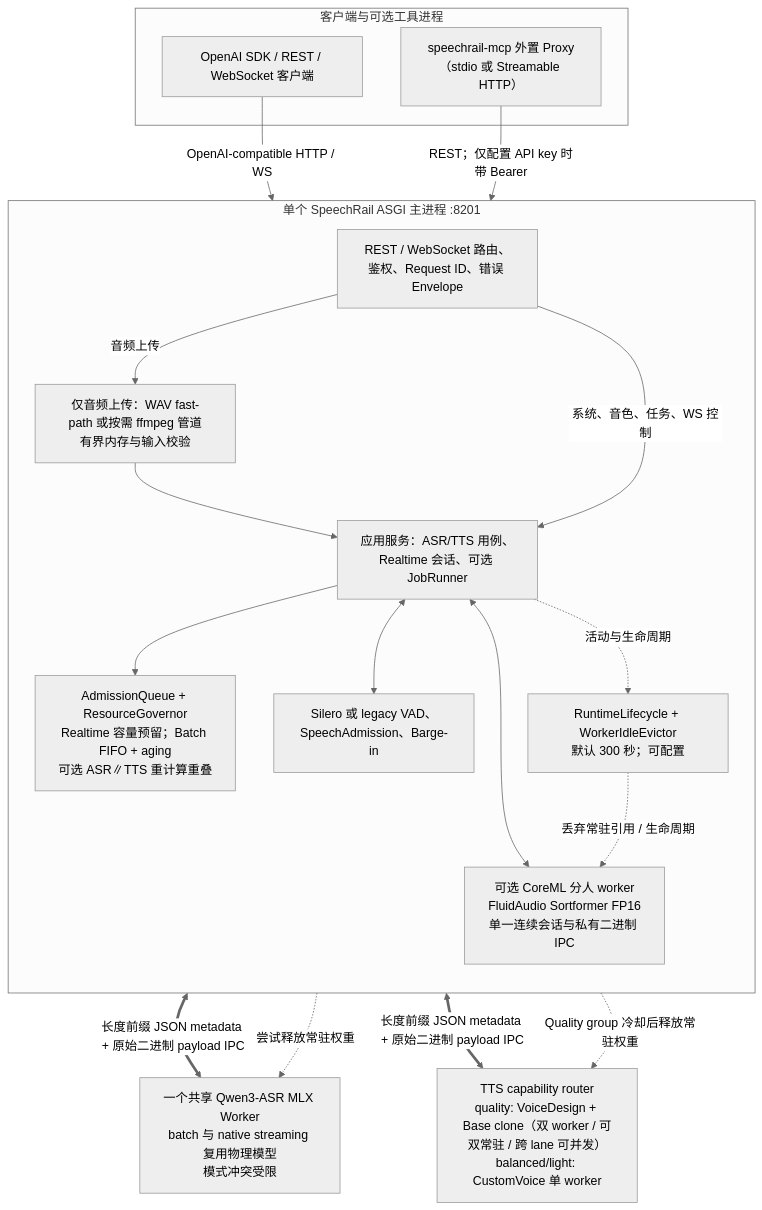
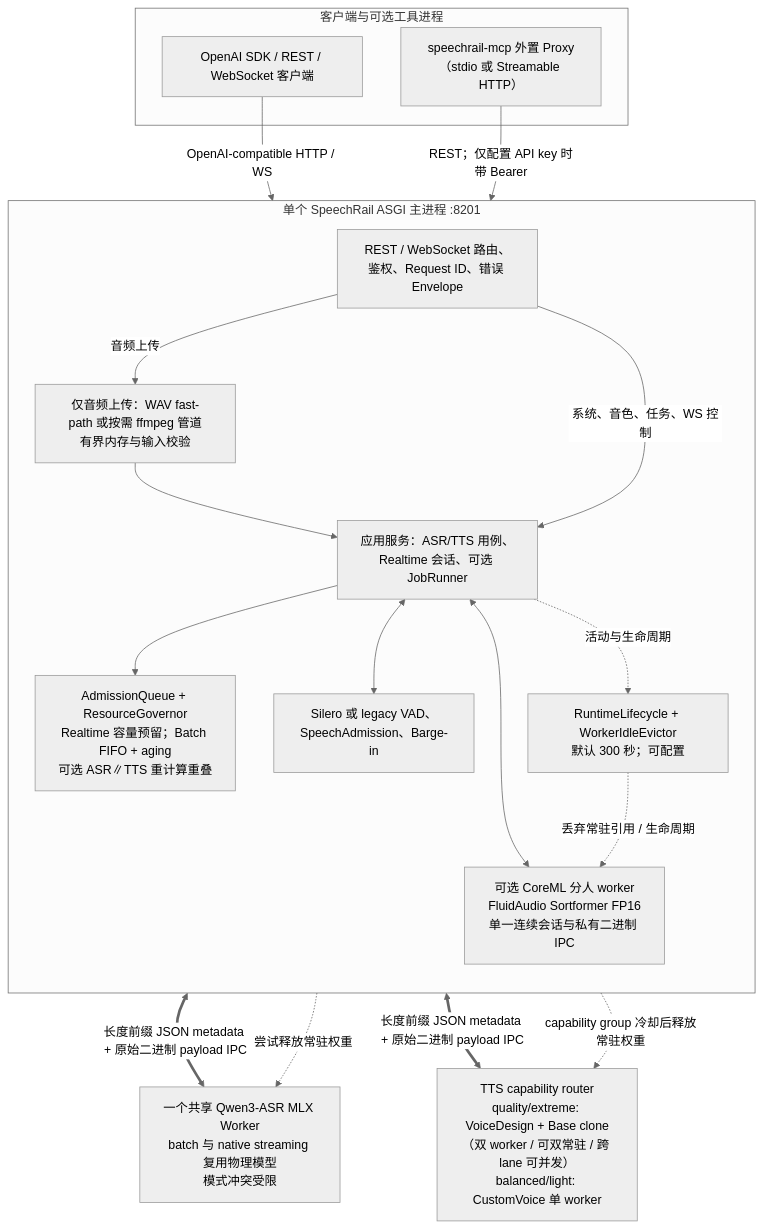
Before and after one commit to hrygo/SpeechRail: the first of 2 diagrams in docs/architecture/architecture.md, drawn with Mermaid (neutral theme). The commit also changed other lines of this file and 88 other files, not shown here.

````diff
--- a/docs/architecture/architecture.md
+++ b/docs/architecture/architecture.md
@@ -15,36 +15,36 @@
 ```mermaid
 flowchart TD
     subgraph Clients["客户端与可选工具进程"]
         SDK["OpenAI SDK / REST / WebSocket 客户端"]
         MCP["speechrail-mcp 外置 Proxy<br/>（stdio 或 Streamable HTTP）"]
     end
 
     subgraph Host["单个 SpeechRail ASGI 主进程 :8201"]
         direction TB
         Ingress["REST / WebSocket 路由、鉴权、Request ID、错误 Envelope"]
         Decode["仅音频上传：WAV fast-path 或按需 ffmpeg 管道<br/>有界内存与输入校验"]
         App["应用服务：ASR/TTS 用例、Realtime 会话、可选 JobRunner"]
         Admit["AdmissionQueue + ResourceGovernor<br/>Realtime 容量预留；Batch FIFO + aging<br/>可选 ASR∥TTS 重计算重叠"]
         VAD["Silero 或 legacy VAD、SpeechAdmission、Barge-in"]
         Diar["可选 CoreML 分人 worker<br/>FluidAudio Sortformer FP16<br/>单一连续会话与私有二进制 IPC"]
         Life["RuntimeLifecycle + WorkerIdleEvictor<br/>默认 300 秒；可配置"]
 
         Ingress -->|音频上传| Decode --> App
         Ingress -->|系统、音色、任务、WS 控制| App
         App --> Admit
         App <--> VAD
         App <--> Diar
         App -. 活动与生命周期 .-> Life
     end
 
     ASR["一个共享 Qwen3-ASR MLX Worker<br/>batch 与 native streaming 复用物理模型<br/>模式冲突受限"]
-    TTS["TTS capability router<br/>quality: VoiceDesign + Base clone（双 worker / 可双常驻 / 跨 lane 可并发）<br/>balanced/light: CustomVoice 单 worker"]
+    TTS["TTS capability router<br/>quality/extreme: VoiceDesign + Base clone（双 worker / 可双常驻 / 跨 lane 可并发）<br/>balanced/light: CustomVoice 单 worker"]
 
     SDK -->|OpenAI-compatible HTTP / WS| Ingress
     MCP -->|REST；仅配置 API key 时带 Bearer| Ingress
     App <==>|"长度前缀 JSON metadata + 原始二进制 payload IPC"| ASR
     App <==>|"长度前缀 JSON metadata + 原始二进制 payload IPC"| TTS
     Life -. 尝试释放常驻权重 .-> ASR
-    Life -. Quality group 冷却后释放常驻权重 .-> TTS
+    Life -. capability group 冷却后释放常驻权重 .-> TTS
     Life -. 丢弃常驻引用 / 生命周期 .-> Diar
 ```
````
